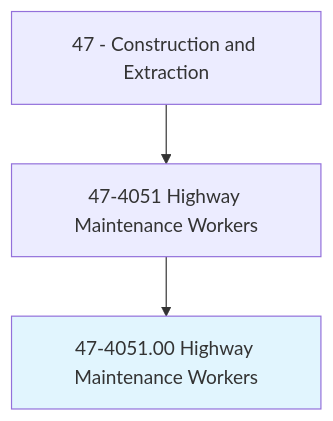
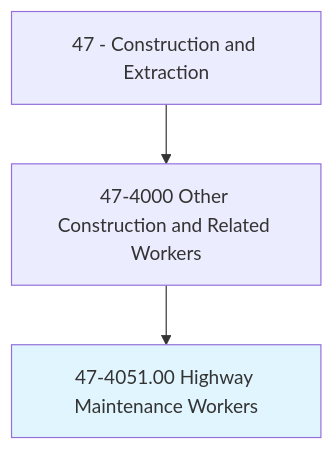
Before and after one commit to kziemski/business.org.ai: the first of 4 diagrams in occupations/Construction/HighwayMaintenanceWorkers.mdx, drawn with Mermaid. The commit also changed other lines of this file and 938 other files, not shown here.

````diff
--- a/occupations/Construction/HighwayMaintenanceWorkers.mdx
+++ b/occupations/Construction/HighwayMaintenanceWorkers.mdx
@@ -19,6 +23,6 @@
 ```mermaid
 graph TD
-    Cat47["47 - Construction and Extraction"] --> Group474051["47-4051 Highway Maintenance Workers"]
-    Group474051 --> Current["47-4051.00 Highway Maintenance Workers"]
+    Cat47["47 - Construction and Extraction"] --> Group474["47-4000 Other Construction and Related Workers"]
+    Group474 --> Current["47-4051.00 Highway Maintenance Workers"]
     style Current fill:#e1f5fe
 ```
````
